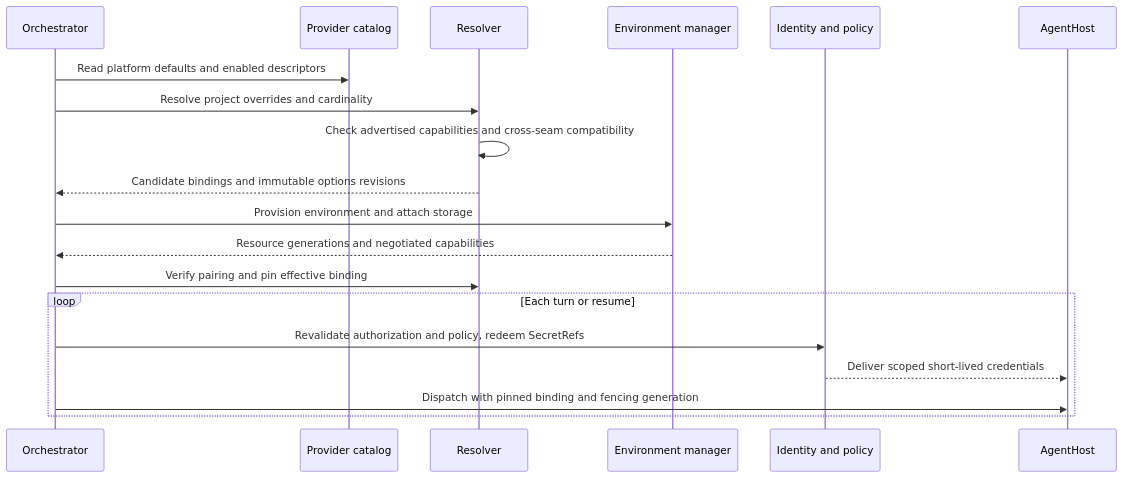
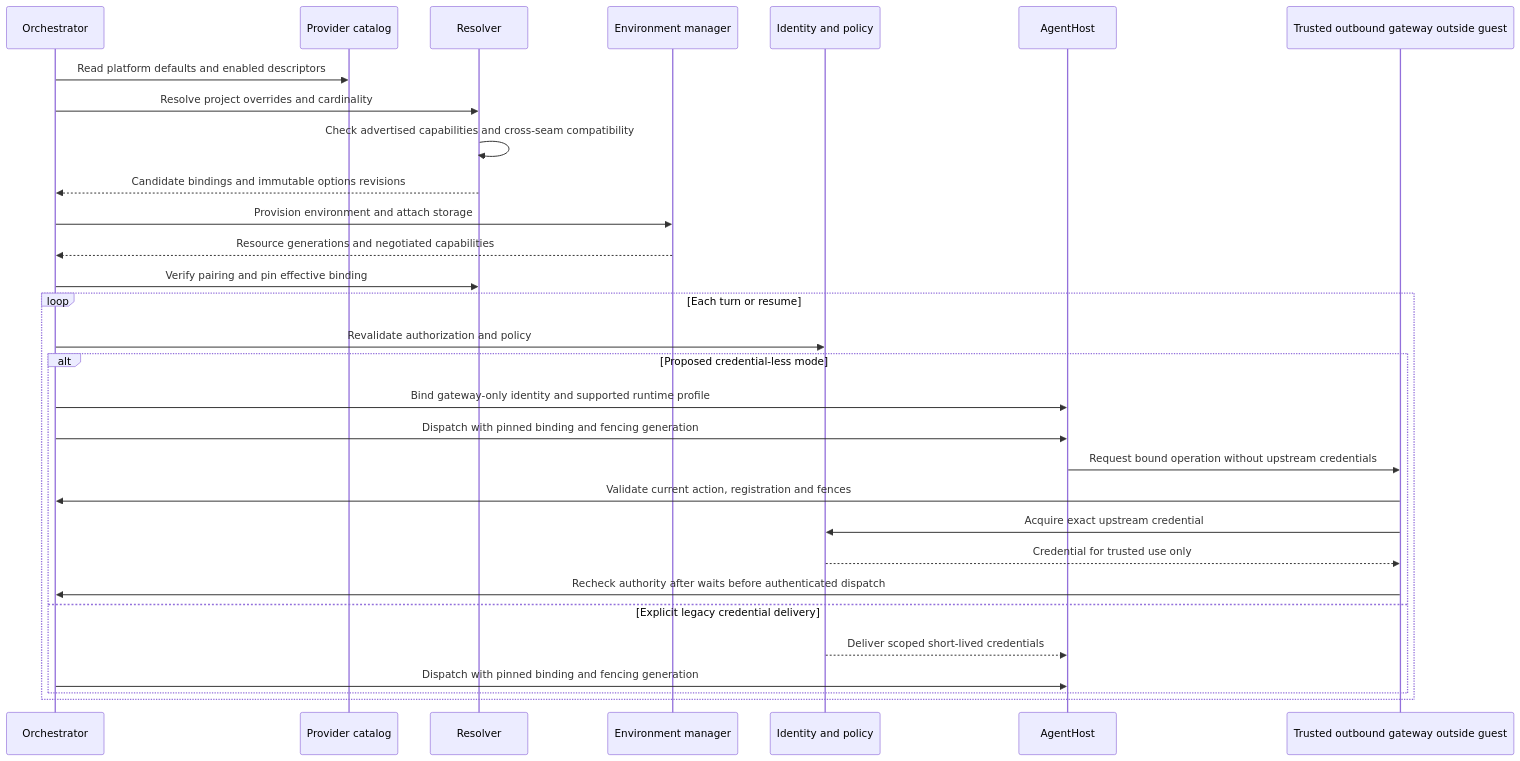
Before and after one commit to sabbour/agentweaver: the first of 5 diagrams in docs/architecture/design/provider-seams.md, drawn with Mermaid. The commit also changed other lines of this file and 6 other files, not shown here.

First line of the commit message:
docs: define credential-less sandbox trust boundary

````diff
--- a/docs/architecture/design/provider-seams.md
+++ b/docs/architecture/design/provider-seams.md
@@ -101,21 +101,32 @@
 ```mermaid
 sequenceDiagram
     participant O as Orchestrator
     participant C as Provider catalog
     participant R as Resolver
     participant E as Environment manager
     participant I as Identity and policy
     participant H as AgentHost
+    participant G as Trusted outbound gateway outside guest
     O->>C: Read platform defaults and enabled descriptors
     O->>R: Resolve project overrides and cardinality
     R->>R: Check advertised capabilities and cross-seam compatibility
     R-->>O: Candidate bindings and immutable options revisions
     O->>E: Provision environment and attach storage
     E-->>O: Resource generations and negotiated capabilities
     O->>R: Verify pairing and pin effective binding
     loop Each turn or resume
-        O->>I: Revalidate authorization and policy, redeem SecretRefs
-        I-->>H: Deliver scoped short-lived credentials
-        O->>H: Dispatch with pinned binding and fencing generation
+        O->>I: Revalidate authorization and policy
+        alt Proposed credential-less mode
+            O->>H: Bind gateway-only identity and supported runtime profile
+            O->>H: Dispatch with pinned binding and fencing generation
+            H->>G: Request bound operation without upstream credentials
+            G->>O: Validate current action, registration and fences
+            G->>I: Acquire exact upstream credential
+            I-->>G: Credential for trusted use only
+            G->>O: Recheck authority after waits before authenticated dispatch
+        else Explicit legacy credential delivery
+            I-->>H: Deliver scoped short-lived credentials
+            O->>H: Dispatch with pinned binding and fencing generation
+        end
     end
 ```
````
